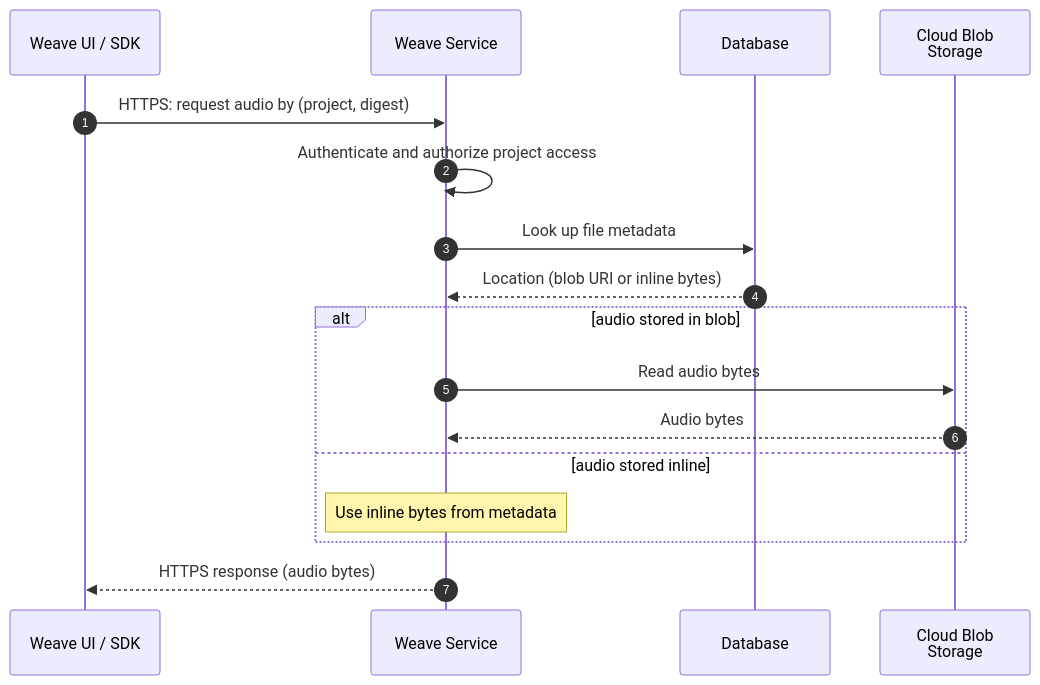
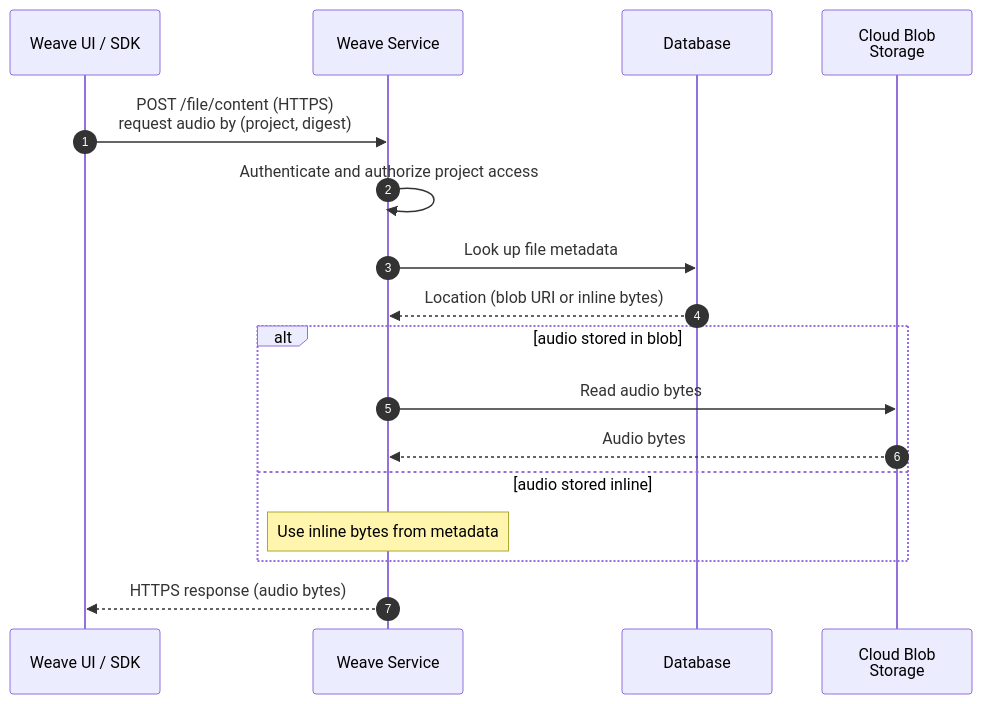
One commit to wandb/weave changed the third of 3 diagrams in AUDIO_DATAFLOW.md. Above: the diagram before and after it, drawn with Mermaid. The commit also changed other lines of this file, not shown here.

First line of the commit message:
chore(weave): label audio data-flow endpoints in sequence diagrams

````diff
--- a/AUDIO_DATAFLOW.md
+++ b/AUDIO_DATAFLOW.md
@@ -119,24 +119,24 @@
 ```mermaid
 ---
 config:
   layout: elk
 ---
 sequenceDiagram
     autonumber
     participant U as Weave UI / SDK
     participant S as Weave Service
     participant D as Database
     participant B as Cloud Blob<br/>Storage
 
-    U->>S: HTTPS: request audio by (project, digest)
+    U->>S: POST /file/content (HTTPS)<br/>request audio by (project, digest)
     S->>S: Authenticate and authorize project access
     S->>D: Look up file metadata
     D-->>S: Location (blob URI or inline bytes)
     alt audio stored in blob
         S->>B: Read audio bytes
         B-->>S: Audio bytes
     else audio stored inline
         Note over S: Use inline bytes from metadata
     end
     S-->>U: HTTPS response (audio bytes)
 ```
````
